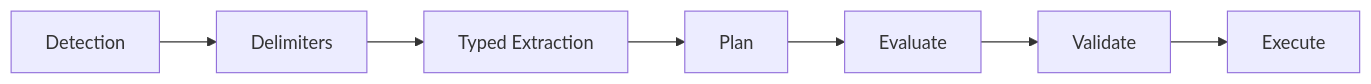
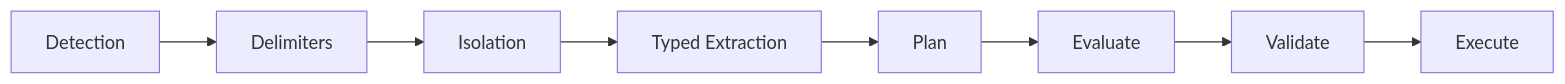
One commit to luisalima/agentic-security changed the second of 2 diagrams in docs/reference/cheatsheet.md. Above: the diagram before and after it, drawn with Mermaid. The commit also changed other lines of this file, not shown here.

````diff
--- a/docs/reference/cheatsheet.md
+++ b/docs/reference/cheatsheet.md
@@ -84,4 +95,4 @@
 ```mermaid
 flowchart LR
-    A[Detection] --> B[Delimiters] --> C[Typed Extraction] --> D[Plan] --> E[Evaluate] --> F[Validate] --> G[Execute]
+    A[Detection] --> B[Delimiters] --> C[Isolation] --> D[Typed Extraction] --> E[Plan] --> F[Evaluate] --> G[Validate] --> H[Execute]
 ```
````
